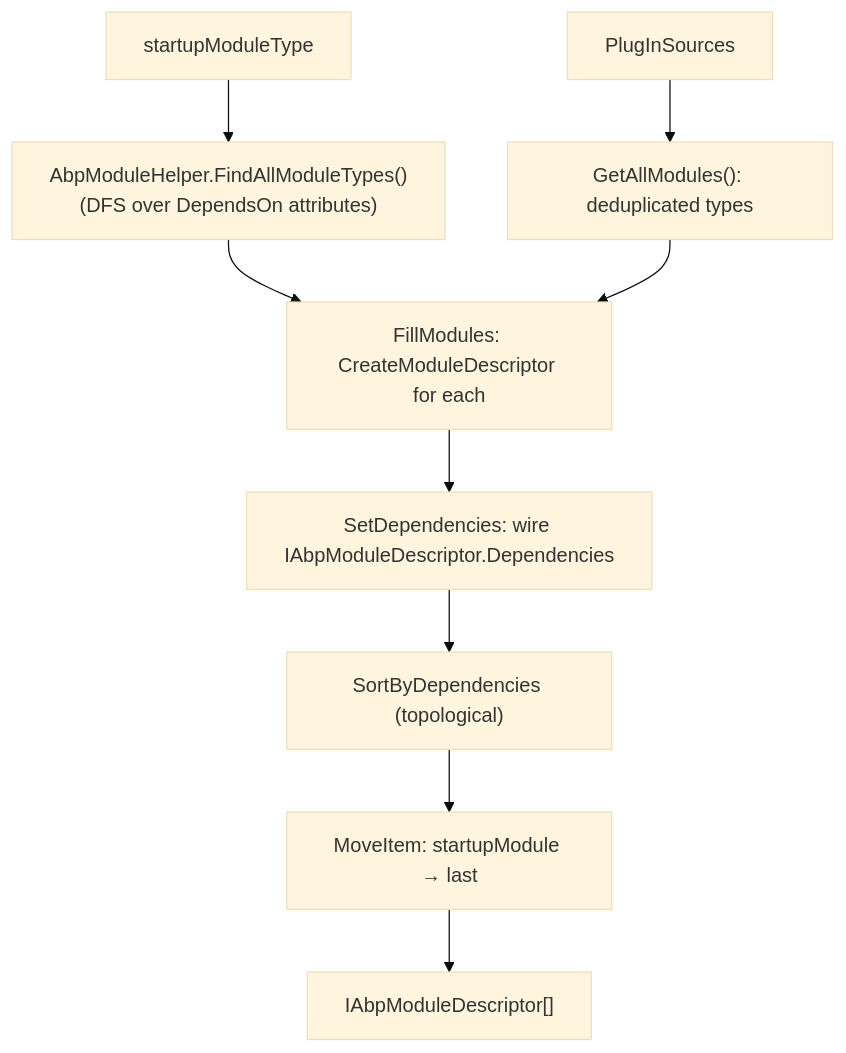
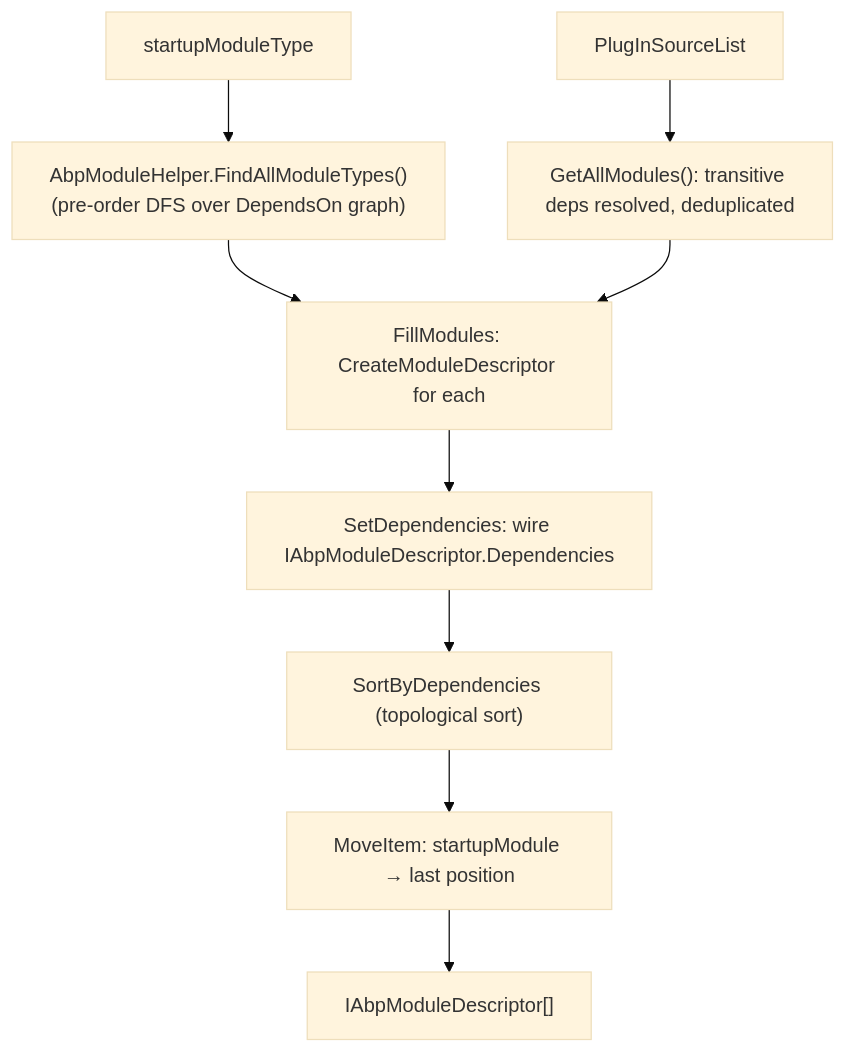
One commit to mintlify-atlas/docs-wiki-a1b1ff33 changed the diagram in modularity/module-system.mdx. Above: the diagram before and after it, drawn with Mermaid (base theme). The commit also changed other lines of this file and 51 other files, not shown here.

````diff
--- a/modularity/module-system.mdx
+++ b/modularity/module-system.mdx
@@ -342,11 +471,11 @@
 ```mermaid
 flowchart TD
-    START["startupModuleType"] --> FIND["AbpModuleHelper.FindAllModuleTypes()\n(DFS over DependsOn attributes)"]
+    START["startupModuleType"] --> FIND["AbpModuleHelper.FindAllModuleTypes()\n(pre-order DFS over DependsOn graph)"]
     FIND --> FILL["FillModules: CreateModuleDescriptor for each"]
-    PS["PlugInSources"] --> PMOD["GetAllModules(): deduplicated types"]
+    PS["PlugInSourceList"] --> PMOD["GetAllModules(): transitive deps resolved, deduplicated"]
     PMOD --> FILL
     FILL --> SETDEP["SetDependencies: wire IAbpModuleDescriptor.Dependencies"]
-    SETDEP --> SORT["SortByDependencies (topological)"]
-    SORT --> MOVE["MoveItem: startupModule → last"]
+    SETDEP --> SORT["SortByDependencies (topological sort)"]
+    SORT --> MOVE["MoveItem: startupModule → last position"]
     MOVE --> ARR["IAbpModuleDescriptor[]"]
 ```
````
